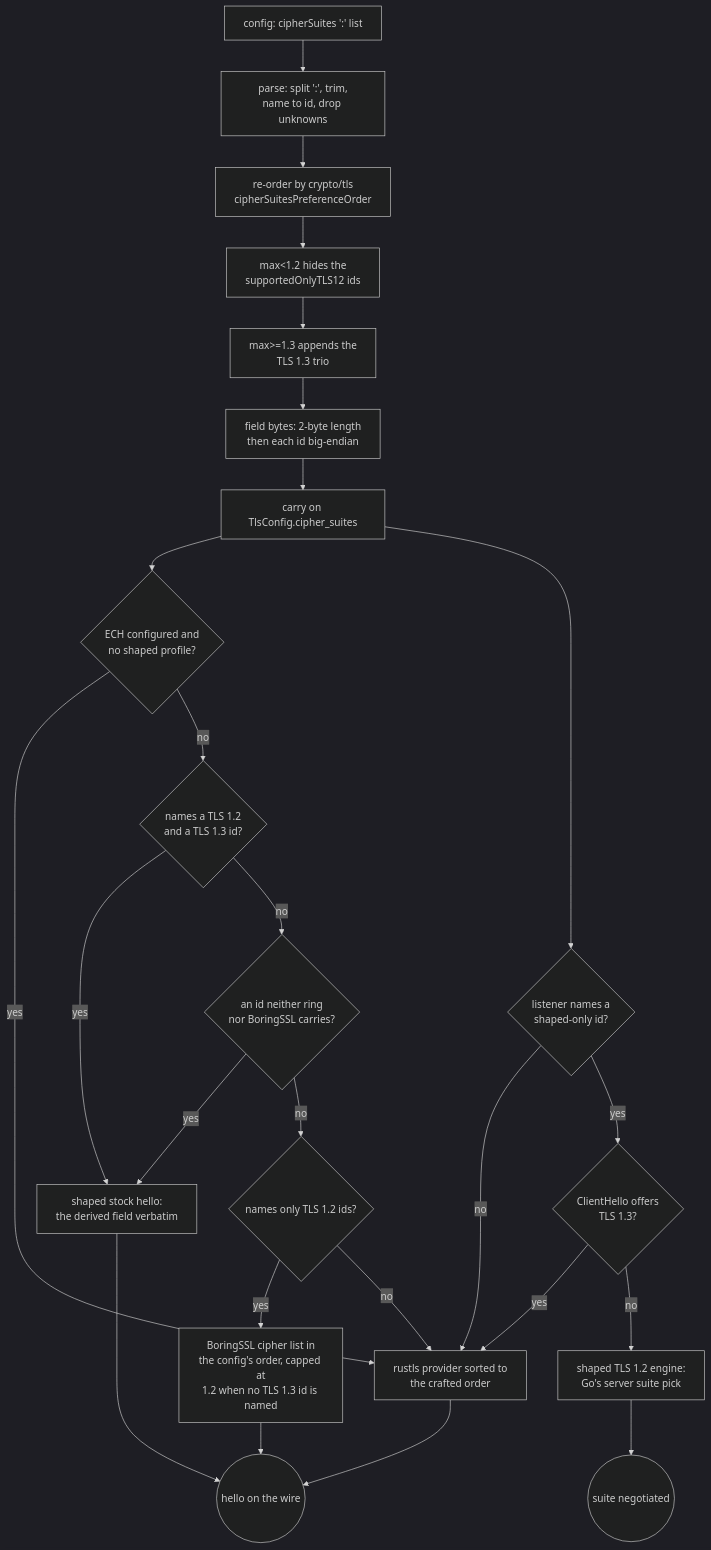
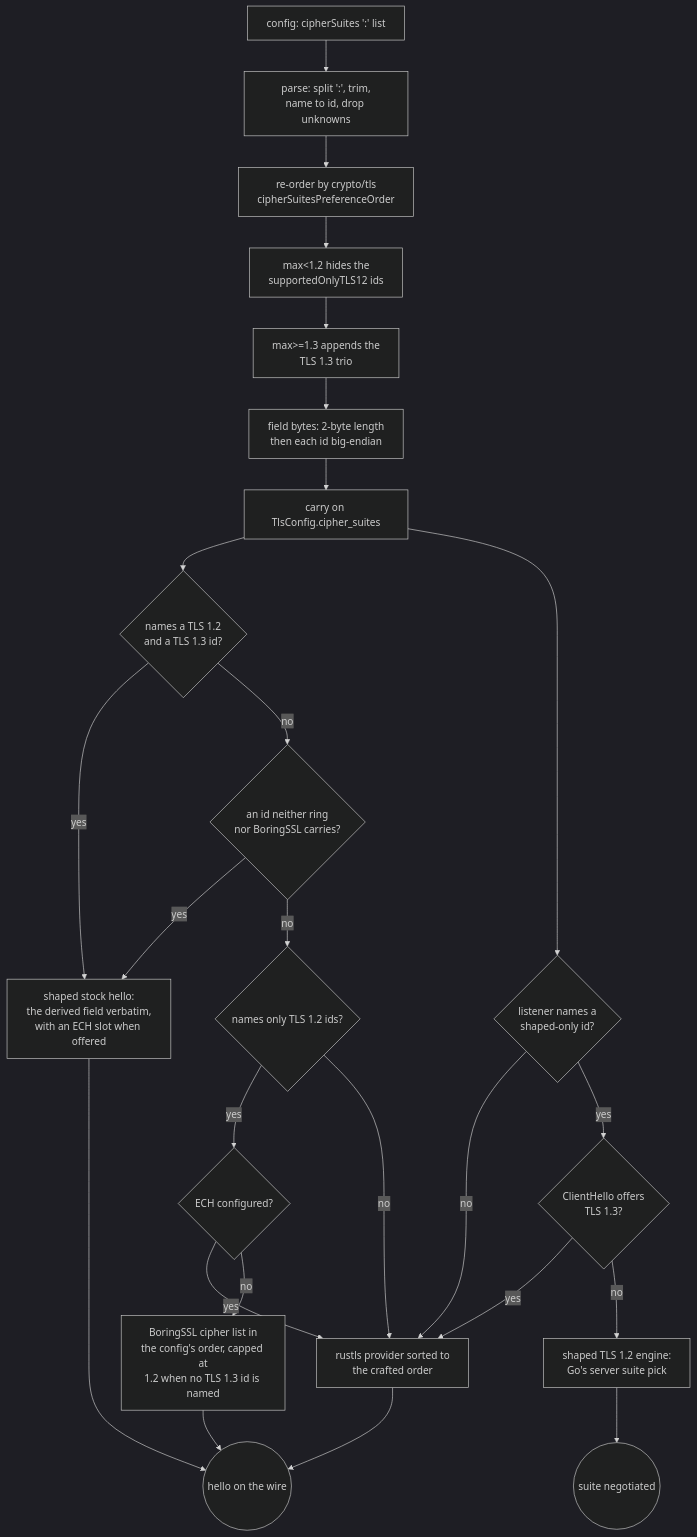
One commit to Ferrocite/ferrox changed the diagram in docs/function/tls-cipher-suites.md. Above: the diagram before and after it, drawn with Mermaid (dark theme). The commit also changed other lines of this file and 6 other files, not shown here.

Commit message:
tls: ride an ECH offer with a TLS 1.2 id on the stock shaped hello

````diff
--- a/docs/function/tls-cipher-suites.md
+++ b/docs/function/tls-cipher-suites.md
@@ -9,27 +9,27 @@
 ```mermaid
 graph TD
     C["config: cipherSuites ':' list"] --> P["parse: split ':', trim,<br/>name to id, drop unknowns"]
     P --> R["re-order by crypto/tls<br/>cipherSuitesPreferenceOrder"]
     R --> V["max<1.2 hides the<br/>supportedOnlyTLS12 ids"]
     V --> T["max>=1.3 appends the<br/>TLS 1.3 trio"]
     T --> F["field bytes: 2-byte length<br/>then each id big-endian"]
     F --> E["carry on TlsConfig.cipher_suites"]
-    E --> Z{"ECH configured and<br/>no shaped profile?"}
-    Z -->|yes| B["rustls provider sorted to<br/>the crafted order"]
-    Z -->|no| M{"names a TLS 1.2<br/>and a TLS 1.3 id?"}
-    M -->|yes| G["shaped stock hello:<br/>the derived field verbatim"]
+    E --> M{"names a TLS 1.2<br/>and a TLS 1.3 id?"}
+    M -->|yes| G["shaped stock hello:<br/>the derived field verbatim,<br/>with an ECH slot when offered"]
     M -->|no| K{"an id neither ring<br/>nor BoringSSL carries?"}
     K -->|yes| G
     K -->|no| Q{"names only TLS 1.2 ids?"}
-    Q -->|yes| L["BoringSSL cipher list in<br/>the config's order, capped at<br/>1.2 when no TLS 1.3 id is named"]
+    Q -->|yes| D{"ECH configured?"}
+    D -->|yes| B["rustls provider sorted to<br/>the crafted order"]
+    D -->|no| L["BoringSSL cipher list in<br/>the config's order, capped at<br/>1.2 when no TLS 1.3 id is named"]
     Q -->|no| B
     G --> W
     E --> X{"listener names a<br/>shaped-only id?"}
     X -->|no| B
     X -->|yes| Y{"ClientHello offers<br/>TLS 1.3?"}
     Y -->|yes| B
     Y -->|no| H["shaped TLS 1.2 engine:<br/>Go's server suite pick"]
     B --> W(("hello on the wire"))
     L --> W
     H --> N(("suite negotiated"))
 ```
````
